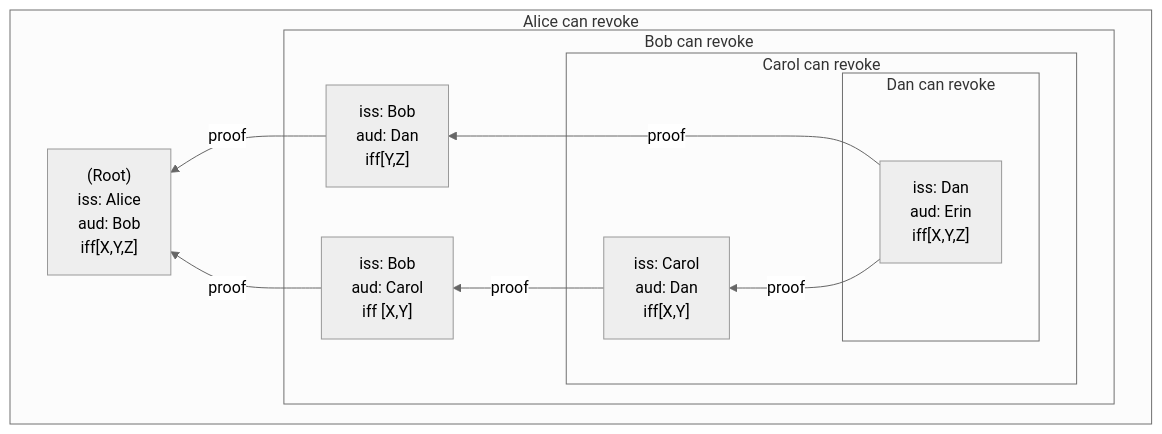
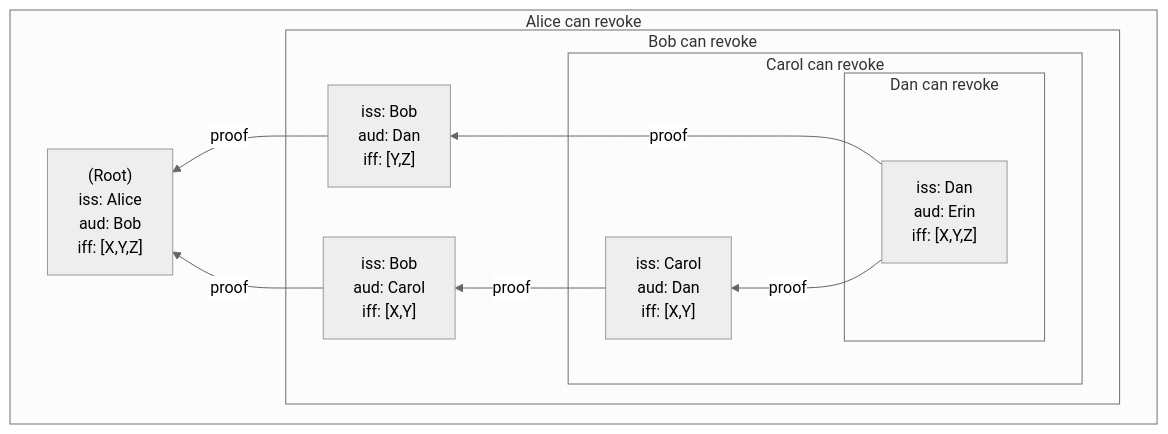
The second of 5 diagrams in README.md (ucan-wg/revocation), drawn with Mermaid (neutral theme) before and after one commit. The commit also changed other lines of this file, not shown here.

````diff
--- a/README.md
+++ b/README.md
@@ -121,27 +119,27 @@
 ``` mermaid
 flowchart TB
     subgraph RA[Alice can revoke]
         direction RL
         
-        AB["(Root)\niss: Alice\naud: Bob\niff[X,Y,Z]"]
+        AB["(Root)\niss: Alice\naud: Bob\niff: [X,Y,Z]"]
 
         subgraph RB[Bob can revoke]
-            BC["iss: Bob\naud: Carol\niff [X,Y]"]
-            BD["iss: Bob\naud: Dan\niff[Y,Z]"]
+            BC["iss: Bob\naud: Carol\niff: [X,Y]"]
+            BD["iss: Bob\naud: Dan\niff: [Y,Z]"]
 
             subgraph RC[Carol can revoke]
-                CD["iss: Carol\naud: Dan\niff[X,Y]"]
+                CD["iss: Carol\naud: Dan\niff: [X,Y]"]
 
                 subgraph RD[Dan can revoke]
-                    DE["iss: Dan\naud: Erin\niff[X,Y,Z]"]
+                    DE["iss: Dan\naud: Erin\niff: [X,Y,Z]"]
                 end
             end
         end
     end
 
     BD -->|proof| AB
     BC -->|proof| AB
     CD -->|proof| BC
     DE -->|proof| CD
     DE -->|proof| BD
 ```
````
